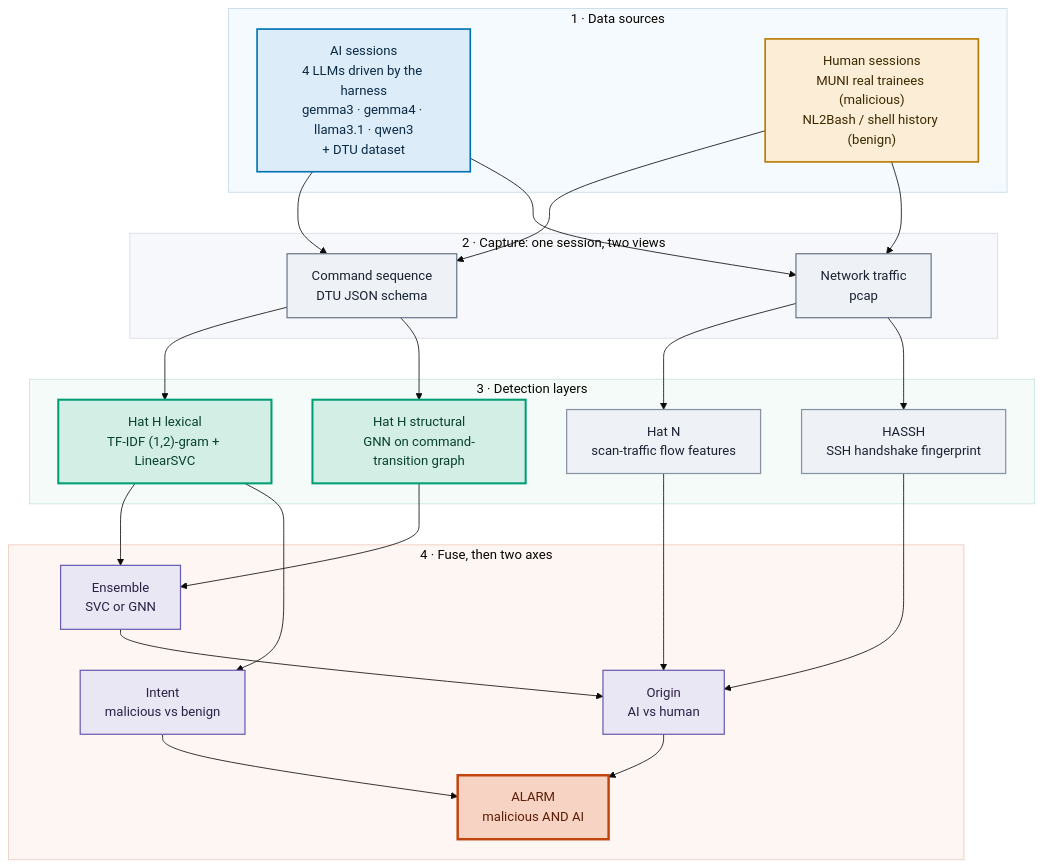
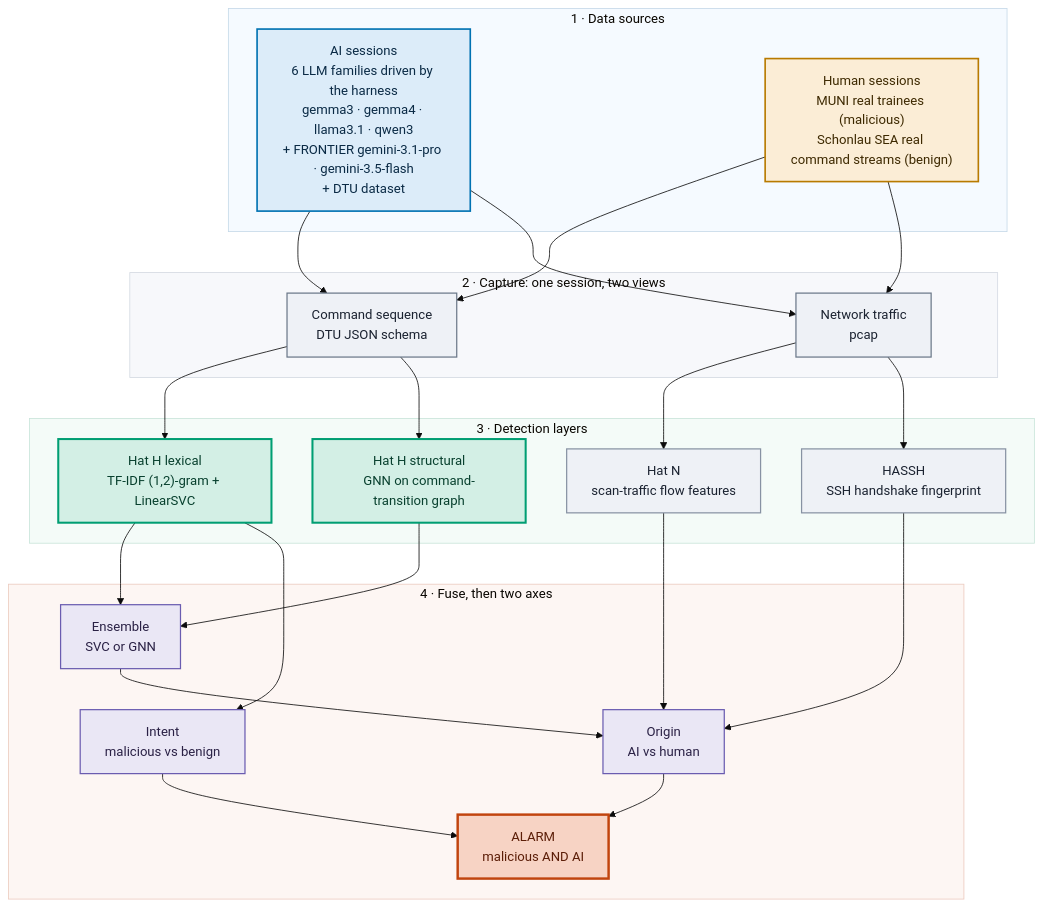
The first of 2 diagrams in README.md (HawkPhantom/AI-Attack-IDS), drawn with Mermaid (base theme) before and after one commit. The commit also changed other lines of this file and 10 other files, not shown here.

````diff
--- a/README.md
+++ b/README.md
@@ -41,58 +42,58 @@
 ```mermaid
 flowchart TB
     subgraph S1["1 · Data sources"]
-        AI["AI sessions<br/>4 LLMs driven by the harness<br/>gemma3 · gemma4 · llama3.1 · qwen3<br/>+ DTU dataset"]
-        HUM["Human sessions<br/>MUNI real trainees (malicious)<br/>NL2Bash / shell history (benign)"]
+        AI["AI sessions<br/>6 LLM families driven by the harness<br/>gemma3 · gemma4 · llama3.1 · qwen3<br/>+ FRONTIER gemini-3.1-pro · gemini-3.5-flash<br/>+ DTU dataset"]
+        HUM["Human sessions<br/>MUNI real trainees (malicious)<br/>Schonlau SEA real command streams (benign)"]
     end
     subgraph S2["2 · Capture: one session, two views"]
         CMD["Command sequence<br/>DTU JSON schema"]
         PCAP["Network traffic<br/>pcap"]
     end
     subgraph S3["3 · Detection layers"]
         HSVC["Hat H lexical<br/>TF-IDF (1,2)-gram + LinearSVC"]
         HGNN["Hat H structural<br/>GNN on command-transition graph"]
         N["Hat N<br/>scan-traffic flow features"]
         HS["HASSH<br/>SSH handshake fingerprint"]
     end
     subgraph S4["4 · Fuse, then two axes"]
         ENS["Ensemble<br/>SVC or GNN"]
         ORIG["Origin<br/>AI vs human"]
         INT["Intent<br/>malicious vs benign"]
         AL["ALARM<br/>malicious AND AI"]
     end
     AI --> CMD
     AI --> PCAP
     HUM --> CMD
     HUM --> PCAP
     CMD --> HSVC
     CMD --> HGNN
     PCAP --> N
     PCAP --> HS
     HSVC --> ENS
     HGNN --> ENS
     ENS --> ORIG
     HSVC --> INT
     N --> ORIG
     HS --> ORIG
     ORIG --> AL
     INT --> AL
 
     classDef ai fill:#dcecf9,stroke:#0072B2,stroke-width:2px,color:#0a2a45
     classDef human fill:#fbedd6,stroke:#b87a00,stroke-width:2px,color:#3d2900
     classDef cap fill:#eef1f6,stroke:#6b7889,stroke-width:1.5px,color:#1a2230
     classDef main fill:#d3efe5,stroke:#009E73,stroke-width:2.5px,color:#08402e
     classDef det fill:#eef1f6,stroke:#8792a3,stroke-width:1.5px,color:#1a2230
     classDef axis fill:#eae7f5,stroke:#6a5cb0,stroke-width:1.5px,color:#2a2145
     classDef alarm fill:#f7d3c4,stroke:#c1440e,stroke-width:3px,color:#5c1e08
     class AI ai
     class HUM human
     class CMD,PCAP cap
     class HSVC,HGNN main
     class N,HS det
     class ENS,ORIG,INT axis
     class AL alarm
     style S1 fill:#f5faff,stroke:#c5d9e8
     style S2 fill:#f7f8fb,stroke:#d4dae2
     style S3 fill:#f4fbf8,stroke:#c9e5da
     style S4 fill:#fdf6f3,stroke:#eccbbf
 ```
````
